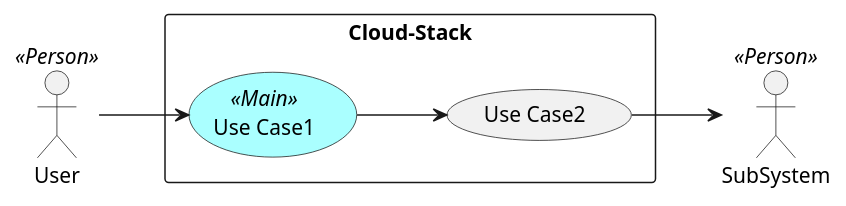
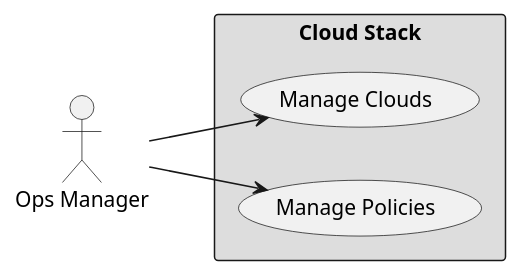
Before and after one commit to CAADE/fleet: the diagram in docs/Solution/Cloud-Stack/UseCases.puml, drawn with PlantUML. The commit also changed 14 other files, not shown here.

```diff
--- a/docs/Solution/Cloud-Stack/UseCases.puml
+++ b/docs/Solution/Cloud-Stack/UseCases.puml
@@ -1,23 +1,14 @@
 @startuml
 
 left to right direction
 
-skinparam usecase {
-  BackgroudnColor #ffffaa
-  BackgroundColor<<Main>> #aaffff
-}
-actor :User: <<Person>>
-actor :SubSystem: <<Person>>
+actor :Ops Manager: as Ops
 
-
-rectangle "Cloud-Stack" {
-UseCase UC1 <<Main>> as "Use Case1"
-UseCase UC2  as "Use Case2"
-
-
-User --> UC1
-UC1 --> UC2
-UC2 --> SubSystem
+rectangle "Cloud Stack" #dddddd {
+    UseCase UC1 as "Manage Clouds"
+    UseCase UC2  as "Manage Policies"
 }
 
+Ops --> UC1
+Ops --> UC2
 @enduml
```
